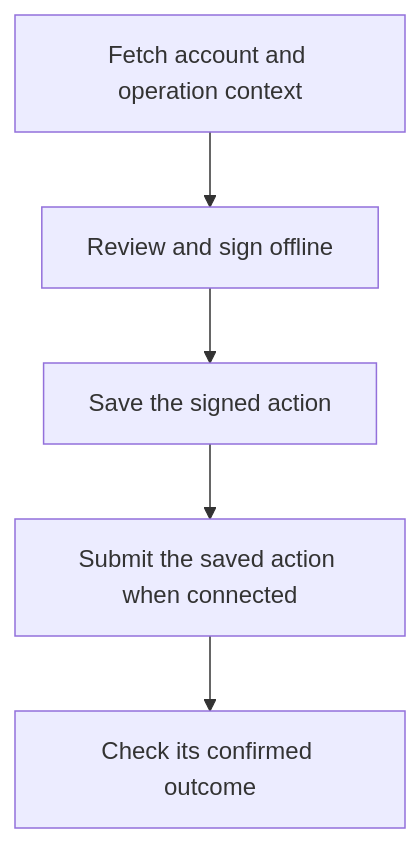
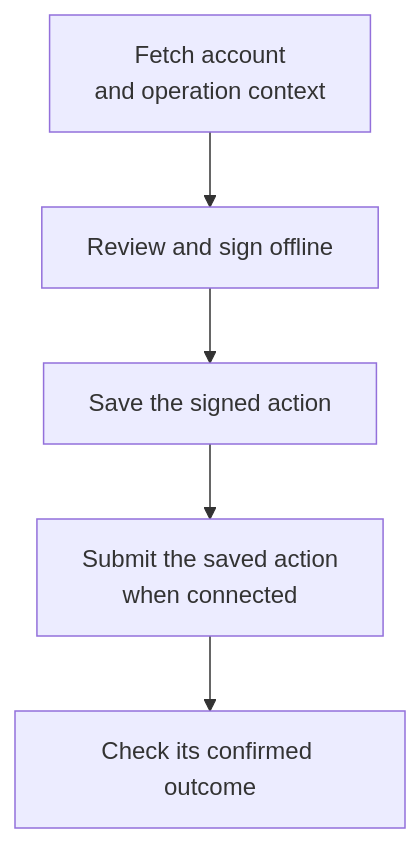
Before and after one commit to BURST-UBI/protocol: the diagram in docs/wallet/WALLETS.md, drawn with Mermaid. The commit also changed 19 other files, not shown here.

````diff
--- a/docs/wallet/WALLETS.md
+++ b/docs/wallet/WALLETS.md
@@ -126,7 +126,9 @@
 ```mermaid
 flowchart TD
-    A[Fetch account and operation context] --> B[Review and sign offline]
+    accTitle: Signing offline and confirming online
+    accDescr: Fetch operation context, review and sign offline, and retain the signed action. Submit that saved action when connected and check its confirmed outcome.
+    A["Fetch account<br/>and operation context"] --> B[Review and sign offline]
     B --> C[Save the signed action]
-    C --> D[Submit the saved action when connected]
+    C --> D["Submit the saved action<br/>when connected"]
     D --> E[Check its confirmed outcome]
 ```
````
